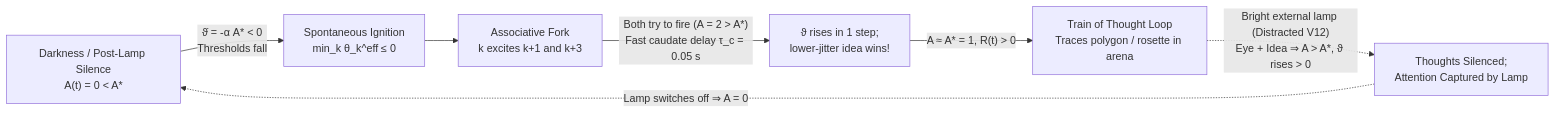
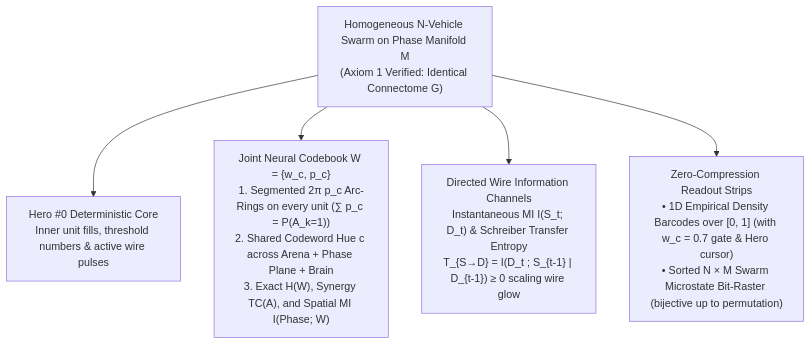
The diagram in experiments/strogatz-dynamics/README.md (dstadulis/Braitenberg-Vehicles), drawn with Mermaid before and after one commit. The commit also changed other lines of this file and 2 other files, not shown here.

````diff
--- a/experiments/strogatz-dynamics/README.md
+++ b/experiments/strogatz-dynamics/README.md
@@ -297,9 +92,7 @@
 ```mermaid
-flowchart LR
-  Dark["Darkness / Post-Lamp Silence<br/>A(t) = 0 < A*"] -- "ϑ̇ = -α A* < 0<br/>Thresholds fall" --> Spontaneous["Spontaneous Ignition<br/>min_k θ_k^eff ≤ 0"]
-  Spontaneous --> Branch["Associative Fork<br/>k excites k+1 and k+3"]
-  Branch -- "Both try to fire (A = 2 > A*)<br/>Fast caudate delay τ_c = 0.05 s" --> Prune["ϑ rises in 1 step;<br/>lower-jitter idea wins!"]
-  Prune -- "A ≈ A* = 1, R(t) > 0" --> Loop["Train of Thought Loop<br/>Traces polygon / rosette in arena"]
-  Loop -. "Bright external lamp (Distracted V12)<br/>Eye + Idea ⇒ A > A*, ϑ rises > 0" .-> Capture["Thoughts Silenced;<br/>Attention Captured by Lamp"]
-  Capture -. "Lamp switches off ⇒ A = 0" .-> Dark
+flowchart TB
+  Swarm["Homogeneous N-Vehicle Swarm on Phase Manifold M<br/>(Axiom 1 Verified: Identical Connectome G)"] --> Hero["Hero #0 Deterministic Core<br/>Inner unit fills, threshold numbers & active wire pulses"]
+  Swarm --> Codebook["Joint Neural Codebook W = {w_c, p_c}<br/>1. Segmented 2π p_c Arc-Rings on every unit (∑ p_c = P(A_k=1))<br/>2. Shared Codeword Hue c across Arena + Phase Plane + Brain<br/>3. Exact H(W), Synergy TC(A), and Spatial MI I(Phase; W)"]
+  Swarm --> Channels["Directed Wire Information Channels<br/>Instantaneous MI I(S_t; D_t) & Schreiber Transfer Entropy<br/>T_{S→D} = I(D_t ; S_{t-1} | D_{t-1}) ≥ 0 scaling wire glow"]
+  Swarm --> BarcodesRaster["Zero-Compression Readout Strips<br/>• 1D Empirical Density Barcodes over [0, 1] (with w_c = 0.7 gate & Hero cursor)<br/>• Sorted N × M Swarm Microstate Bit-Raster (bijective up to permutation)"]
 ```
````
